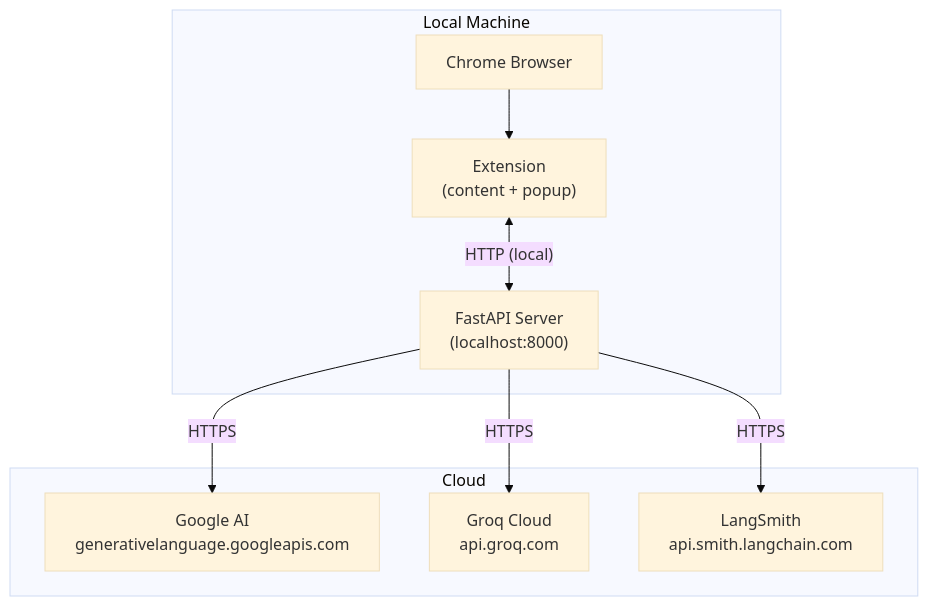
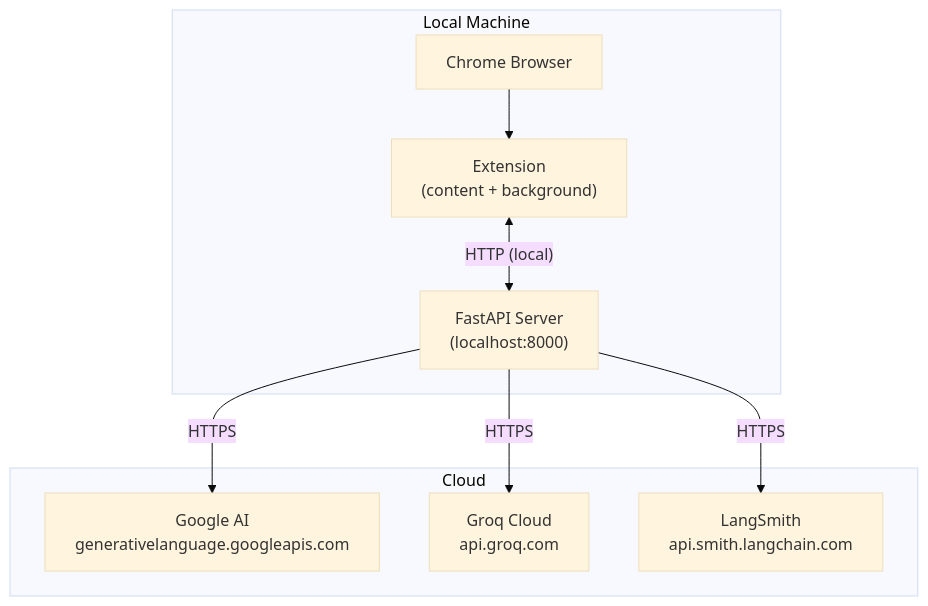
Before and after one commit to himanshu231204/linkedin-ai-comment-copilot: the ninth of 9 diagrams in doc/ARCHITECTURE.md, drawn with Mermaid (base theme). The commit also changed other lines of this file and 2 other files, not shown here.

Commit message:
feat: enhance README and architecture documentation with new comment card features and updated message flow

````diff
--- a/doc/ARCHITECTURE.md
+++ b/doc/ARCHITECTURE.md
@@ -323,20 +324,20 @@
 ```mermaid
 graph TB
     subgraph "Local Machine"
         BROWSER["Chrome Browser"]
-        EXT["Extension<br/>(content + popup)"]
+        EXT["Extension<br/>(content + background)"]
         SERVER["FastAPI Server<br/>(localhost:8000)"]
     end
 
     subgraph "Cloud"
         GOOGLE["Google AI<br/>generativelanguage.googleapis.com"]
         GROQ_CLOUD["Groq Cloud<br/>api.groq.com"]
         LS_CLOUD["LangSmith<br/>api.smith.langchain.com"]
     end
 
     BROWSER --> EXT
     EXT <-->|"HTTP (local)"| SERVER
     SERVER -->|"HTTPS"| GOOGLE
     SERVER -->|"HTTPS"| GROQ_CLOUD
     SERVER -->|"HTTPS"| LS_CLOUD
 ```
````
